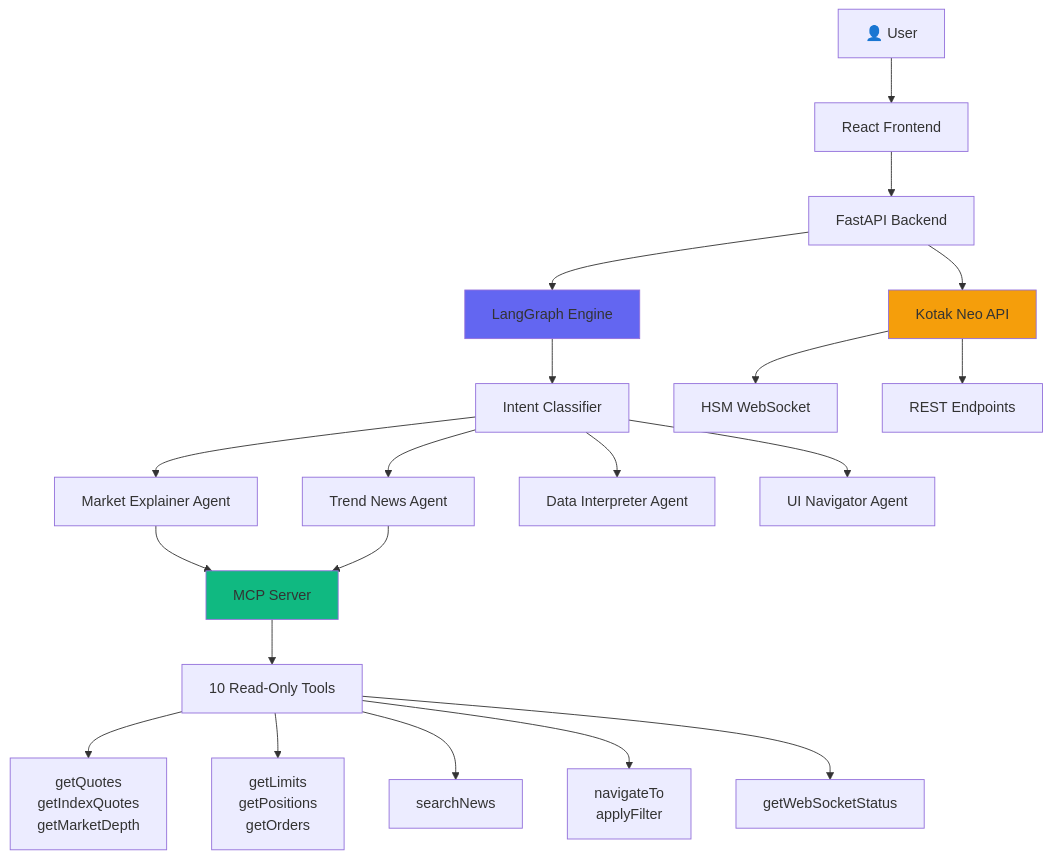
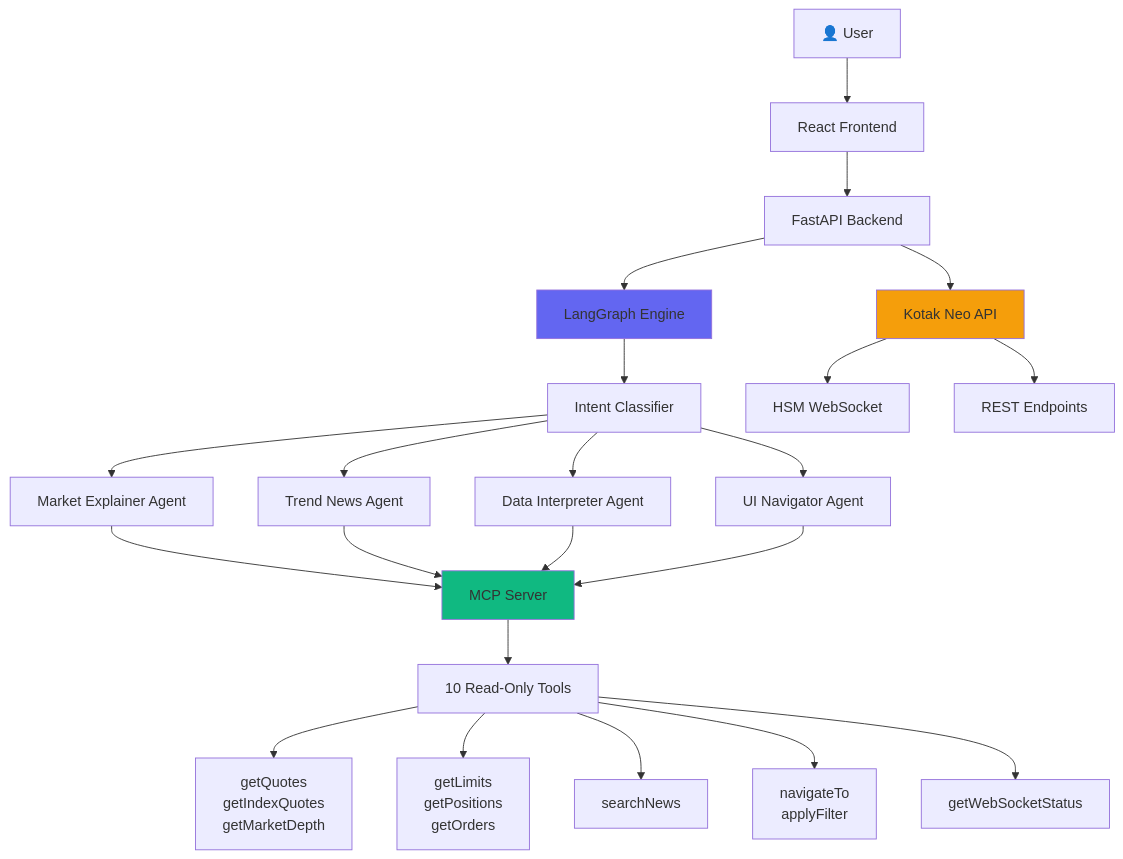
Before and after one commit to JSBundela/Agentic-ai-stock-trading-app: the first of 2 diagrams in README.md, drawn with Mermaid. The commit also changed other lines of this file, not shown here.

Commit message:
docs: refine architecture diagram in README to show MCP connections for all agents

````diff
--- a/README.md
+++ b/README.md
@@ -65,31 +64,33 @@
 ```mermaid
 graph TB
     User[👤 User] --> Frontend[React Frontend]
     Frontend --> API[FastAPI Backend]
     
     API --> LG[LangGraph Engine]
     API --> KotakAPI[Kotak Neo API]
     
     LG --> IC[Intent Classifier]
     IC --> ME[Market Explainer Agent]
     IC --> TN[Trend News Agent]
     IC --> DI[Data Interpreter Agent]
     IC --> UI[UI Navigator Agent]
     
     ME --> MCP[MCP Server]
     TN --> MCP
+    DI --> MCP
+    UI --> MCP
     
     MCP --> Tools[10 Read-Only Tools]
     Tools --> Market[getQuotes<br/>getIndexQuotes<br/>getMarketDepth]
     Tools --> Portfolio[getLimits<br/>getPositions<br/>getOrders]
     Tools --> News[searchNews]
     Tools --> Navigation[navigateTo<br/>applyFilter]
     Tools --> WS[getWebSocketStatus]
     
     KotakAPI --> HSM[HSM WebSocket]
     KotakAPI --> REST[REST Endpoints]
     
     style LG fill:#6366f1
     style MCP fill:#10b981
     style KotakAPI fill:#f59e0b
 ```
````
